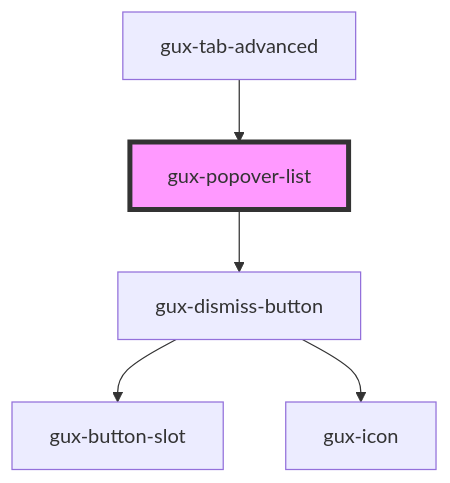
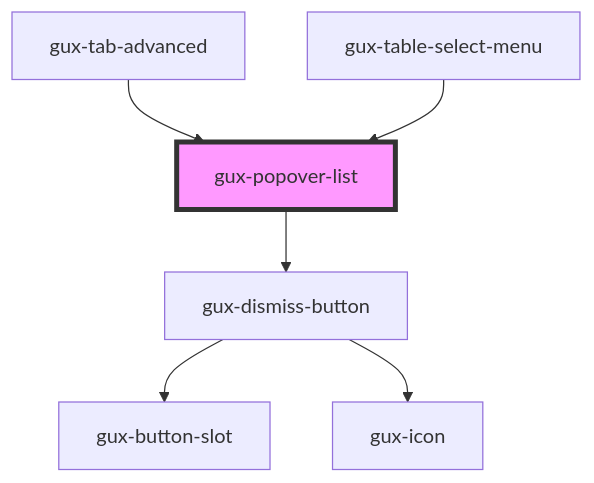
One commit to MyPureCloud/genesys-spark changed the diagram in packages/genesys-spark-components/src/components/stable/gux-popover-list/readme.md. Above: the diagram before and after it, drawn with Mermaid. The commit also changed other lines of this file and 7 other files, not shown here.

First line of the commit message:
refactor(table-header-popover): remove popper js depen

````diff
--- a/packages/genesys-spark-components/src/components/stable/gux-popover-list/readme.md
+++ b/packages/genesys-spark-components/src/components/stable/gux-popover-list/readme.md
@@ -42,8 +42,9 @@
 ```mermaid
 graph TD;
   gux-popover-list --> gux-dismiss-button
   gux-dismiss-button --> gux-button-slot
   gux-dismiss-button --> gux-icon
   gux-tab-advanced --> gux-popover-list
+  gux-table-select-menu --> gux-popover-list
   style gux-popover-list fill:#f9f,stroke:#333,stroke-width:4px
 ```
````
